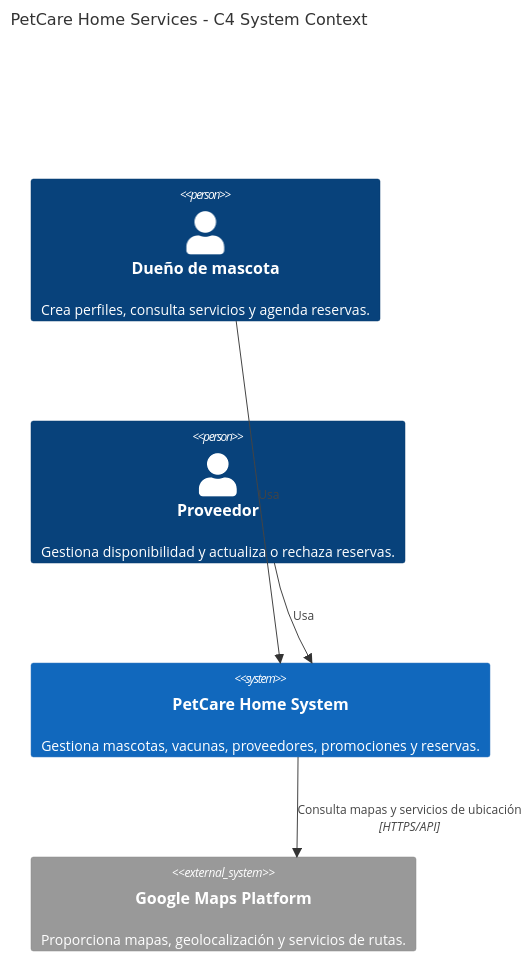
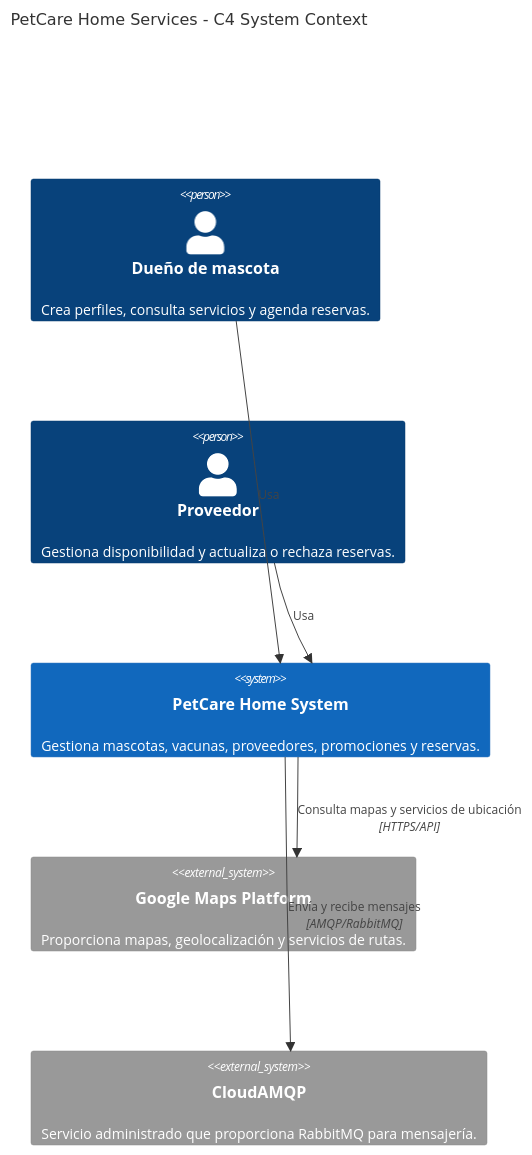
The diagram in Diagrams/01-system-context.mmd (guissLib/petcare-backend), drawn with Mermaid before and after one commit. The commit also changed 27 other files, not shown here.

```diff
--- a/Diagrams/01-system-context.mmd
+++ b/Diagrams/01-system-context.mmd
@@ -1,13 +1,18 @@
 C4Context
-    title PetCare Home Services - C4 System Context
+title PetCare Home Services - C4 System Context
 
-    Person(owner, "Dueño de mascota", "Crea perfiles, consulta servicios y agenda reservas.")
-    Person(provider, "Proveedor", "Gestiona disponibilidad y actualiza o rechaza reservas.")
-    System(petcare, "PetCare Home System", "Gestiona mascotas, vacunas, proveedores, promociones y reservas.")
-    System_Ext(google_services, "Google Maps Platform", "Proporciona mapas, geolocalización y servicios de rutas.")
+Person(owner, "Dueño de mascota", "Crea perfiles, consulta servicios y agenda reservas.")
+Person(provider, "Proveedor", "Gestiona disponibilidad y actualiza o rechaza reservas.")
 
-    Rel(owner, petcare, "Usa")
-    Rel(provider, petcare, "Usa")
-    Rel(petcare, google_services, "Consulta mapas y servicios de ubicación", "HTTPS/API")
+System(petcare, "PetCare Home System", "Gestiona mascotas, vacunas, proveedores, promociones y reservas.")
 
-    UpdateElementStyle(petcare, $bgColor="#1168bd", $fontColor="white")
+System_Ext(google_services, "Google Maps Platform", "Proporciona mapas, geolocalización y servicios de rutas.")
+System_Ext(cloudamqp, "CloudAMQP", "Servicio administrado que proporciona RabbitMQ para mensajería.")
+
+Rel(owner, petcare, "Usa")
+Rel(provider, petcare, "Usa")
+
+Rel(petcare, google_services, "Consulta mapas y servicios de ubicación", "HTTPS/API")
+Rel(petcare, cloudamqp, "Envía y recibe mensajes", "AMQP/RabbitMQ")
+
+UpdateElementStyle(petcare, $bgColor="#1168bd", $fontColor="white")
```
